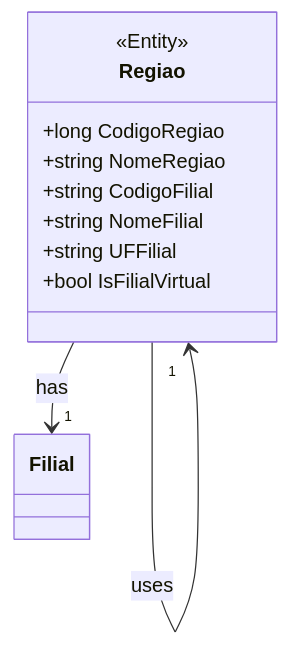
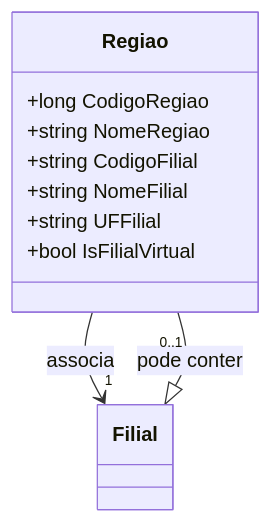
Before and after one commit to IsthmusSistemas/documentacao-tecnica: the diagram in docs/b2b-dominio/IsthmusWinthor.Nucleo/IsthmusWinthor.Dominio/POCO/Regiao.md, drawn with Mermaid. The commit also changed other lines of this file and 882 other files, not shown here.

````diff
--- a/docs/b2b-dominio/IsthmusWinthor.Nucleo/IsthmusWinthor.Dominio/POCO/Regiao.md
+++ b/docs/b2b-dominio/IsthmusWinthor.Nucleo/IsthmusWinthor.Dominio/POCO/Regiao.md
@@ -52,18 +44,13 @@
 ```mermaid
 classDiagram
     class Regiao {
         +long CodigoRegiao
         +string NomeRegiao
         +string CodigoFilial
         +string NomeFilial
         +string UFFilial
         +bool IsFilialVirtual
     }
-    
-    class Regiao {
-        <<Entity>>
-    }
-    
-    Regiao --> "1" Regiao : uses
-    Regiao --> "1" Filial : has
-```
+    Regiao --> "1" Filial : associa
+    Filial <|-- "0..1" Regiao : pode conter
+```  
````
